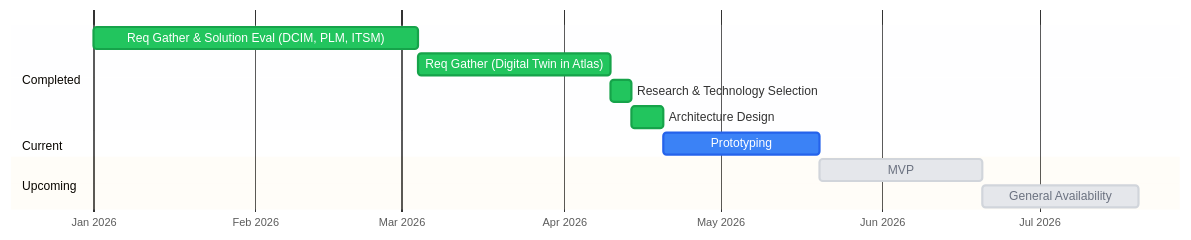
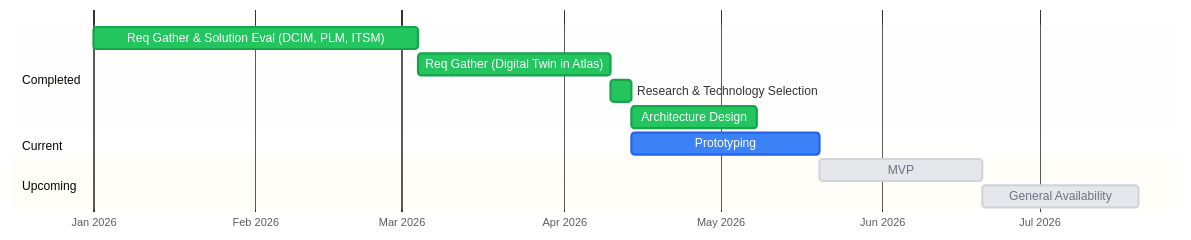
Before and after one commit to danieldn-aramada/orbital: the diagram in ROADMAP.md, drawn with Mermaid. The commit also changed other lines of this file and 3 other files, not shown here.

````diff
--- a/ROADMAP.md
+++ b/ROADMAP.md
@@ -5,19 +5,19 @@
 ```mermaid
 %%{init: {'theme': 'base', 'themeVariables': {'doneTaskBkgColor': '#22c55e', 'doneTaskBorderColor': '#16a34a', 'activeTaskBkgColor': '#3b82f6', 'activeTaskBorderColor': '#2563eb', 'taskBkgColor': '#e5e7eb', 'taskBorderColor': '#d1d5db', 'taskTextColor': '#6b7280', 'taskTextDarkColor': '#fff'}}}%%
 gantt
     dateFormat YYYY-MM-DD
     axisFormat %b %Y
 
     Section Completed
-    Req Gather & Solution Eval (DCIM, PLM, ITSM)  :done, 2026-01-01, 2026-03-04
+    Req Gather & Solution Eval (DCIM, PLM, ITSM)    :done, 2026-01-01, 2026-03-04
     Req Gather (Digital Twin in Atlas)              :done, 2026-03-04, 2026-04-10
     Research & Technology Selection                 :done, 2026-04-10, 2026-04-14
-    Architecture Design                             :done, 2026-04-14, 2026-04-20
+    Architecture Design                             :done, 2026-04-14, 2026-05-08
 
     Section Current
-    Prototyping                   :active, 2026-04-20, 2026-05-20
+    Prototyping                   :active, 2026-04-14, 2026-05-20
     
     Section Upcoming
     MVP                           :2026-05-20, 2026-06-20
     General Availability          :2026-06-20, 2026-07-20
 ```
````
